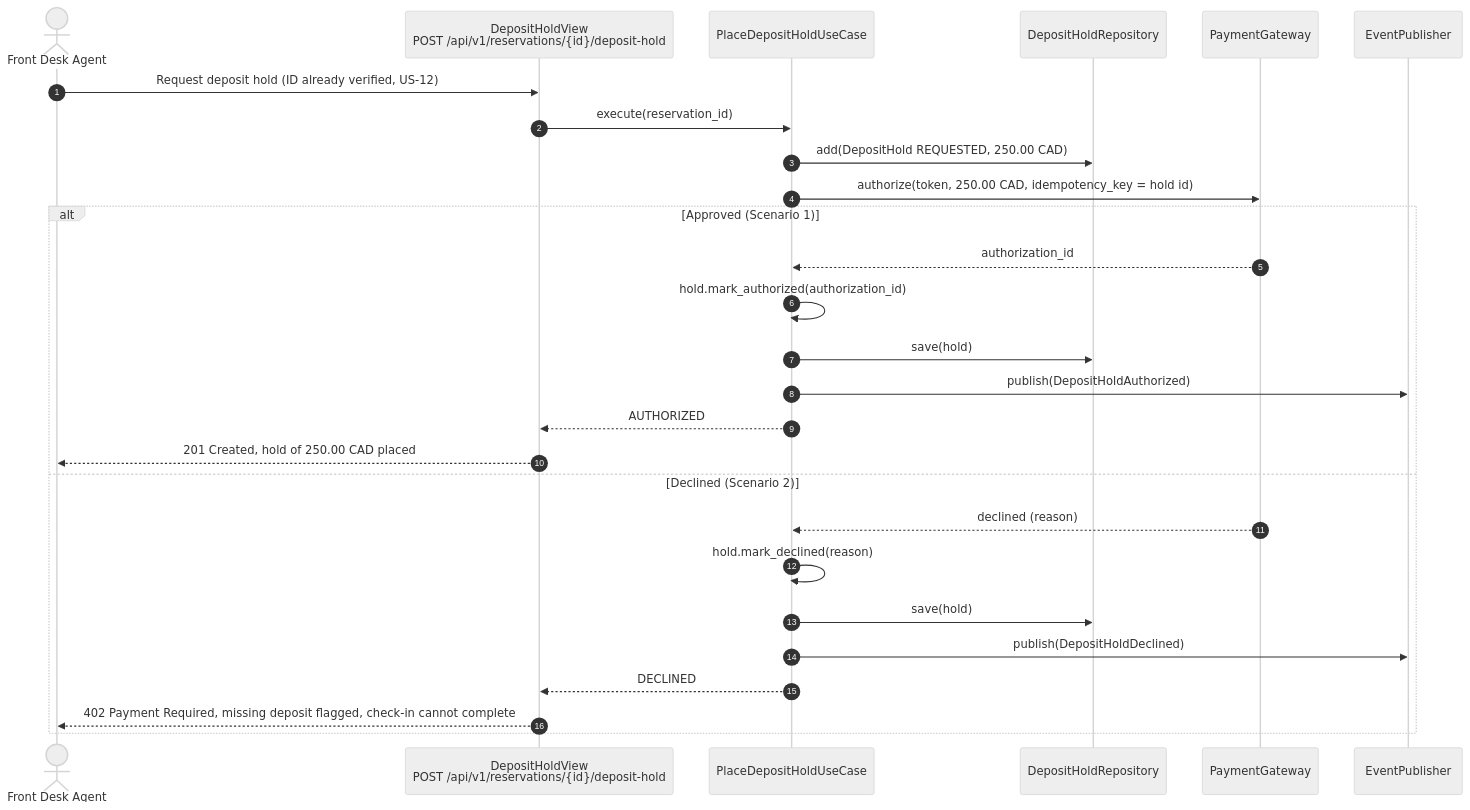
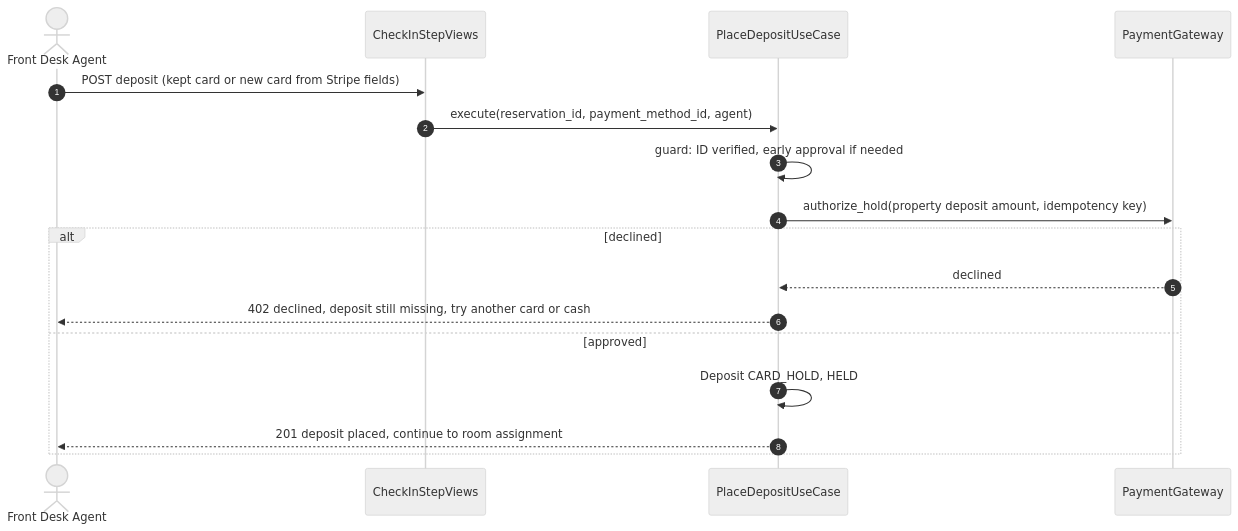
One commit to BraceroInSabot/Motel-Starmie changed the fourth of 4 diagrams in docs/Initial Requirements/Diagrams/US-13 - Deposit Pre-Authorization Hold.md. Above: the diagram before and after it, drawn with Mermaid (neutral theme). The commit also changed other lines of this file and 51 other files, not shown here.

````diff
--- a/docs/Initial Requirements/Diagrams/US-13 - Deposit Pre-Authorization Hold.md
+++ b/docs/Initial Requirements/Diagrams/US-13 - Deposit Pre-Authorization Hold.md
@@ -240,30 +214,20 @@
 ```mermaid
 sequenceDiagram
     autonumber
-    actor Agent as Front Desk Agent
-    participant View as DepositHoldView<br/>POST /api/v1/reservations/{id}/deposit-hold
-    participant UC as PlaceDepositHoldUseCase
-    participant Repo as DepositHoldRepository
-    participant GW as PaymentGateway
-    participant Bus as EventPublisher
+    actor FDA as Front Desk Agent
+    participant View as CheckInStepViews
+    participant UC as PlaceDepositUseCase
+    participant Pay as PaymentGateway
 
-    Agent->>View: Request deposit hold (ID already verified, US-12)
-    View->>UC: execute(reservation_id)
-    UC->>Repo: add(DepositHold REQUESTED, 250.00 CAD)
-    UC->>GW: authorize(token, 250.00 CAD, idempotency_key = hold id)
-    alt Approved (Scenario 1)
-        GW-->>UC: authorization_id
-        UC->>UC: hold.mark_authorized(authorization_id)
-        UC->>Repo: save(hold)
-        UC->>Bus: publish(DepositHoldAuthorized)
-        UC-->>View: AUTHORIZED
-        View-->>Agent: 201 Created, hold of 250.00 CAD placed
-    else Declined (Scenario 2)
-        GW-->>UC: declined (reason)
-        UC->>UC: hold.mark_declined(reason)
-        UC->>Repo: save(hold)
-        UC->>Bus: publish(DepositHoldDeclined)
-        UC-->>View: DECLINED
-        View-->>Agent: 402 Payment Required, missing deposit flagged, check-in cannot complete
+    FDA->>View: POST deposit (kept card or new card from Stripe fields)
+    View->>UC: execute(reservation_id, payment_method_id, agent)
+    UC->>UC: guard: ID verified, early approval if needed
+    UC->>Pay: authorize_hold(property deposit amount, idempotency key)
+    alt declined
+        Pay-->>UC: declined
+        UC-->>FDA: 402 declined, deposit still missing, try another card or cash
+    else approved
+        UC->>UC: Deposit CARD_HOLD, HELD
+        UC-->>FDA: 201 deposit placed, continue to room assignment
     end
 ```
````
